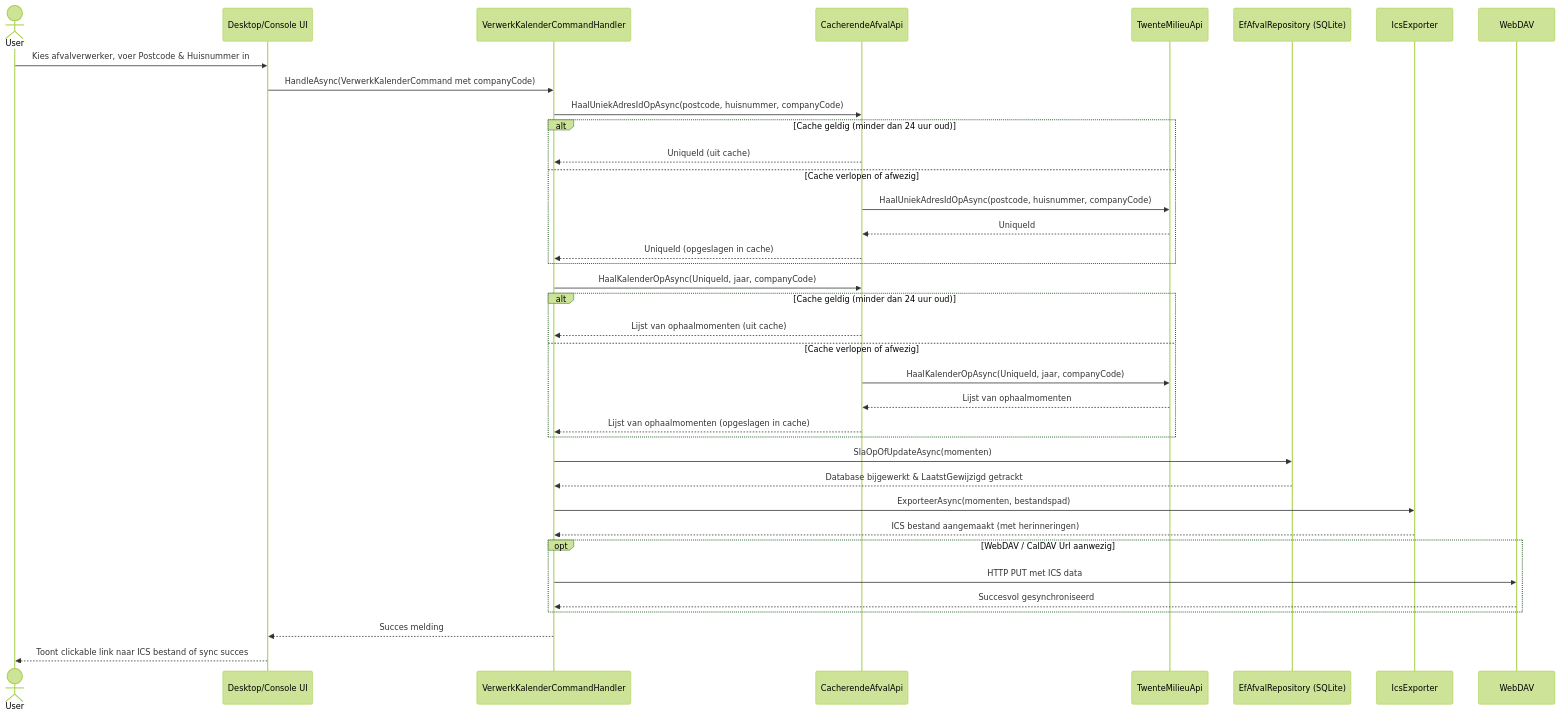
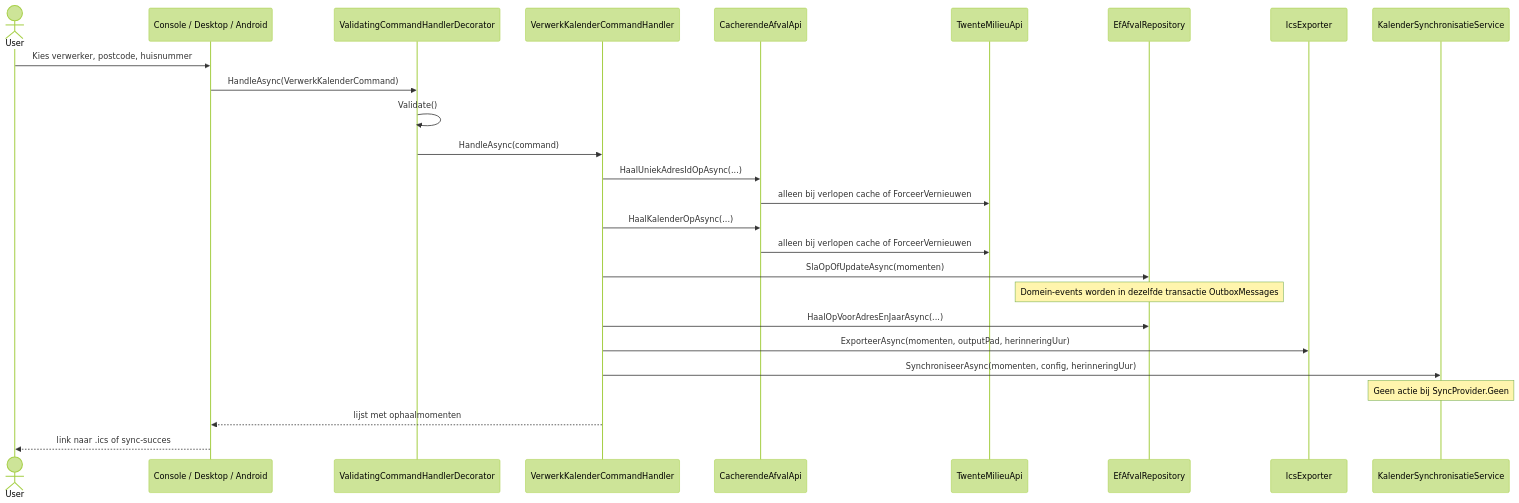
The third of 3 diagrams in README.md (marvinstorage/AfvalKalender), drawn with Mermaid (forest theme) before and after one commit. The commit also changed other lines of this file and 18 other files, not shown here.

````diff
--- a/README.md
+++ b/README.md
@@ -159,39 +177,29 @@
 ```mermaid
 sequenceDiagram
     actor User
-    participant UI as Desktop/Console UI
+    participant UI as Console / Desktop / Android
+    participant Val as ValidatingCommandHandlerDecorator
     participant App as VerwerkKalenderCommandHandler
     participant Cache as CacherendeAfvalApi
     participant API as TwenteMilieuApi
-    participant DB as EfAfvalRepository (SQLite)
+    participant DB as EfAfvalRepository
     participant ICS as IcsExporter
+    participant Sync as KalenderSynchronisatieService
 
-    User->>UI: Kies afvalverwerker, voer Postcode & Huisnummer in
-    UI->>App: HandleAsync(VerwerkKalenderCommand met companyCode)
-    App->>Cache: HaalUniekAdresIdOpAsync(postcode, huisnummer, companyCode)
-    alt Cache geldig (minder dan 24 uur oud)
-        Cache-->>App: UniqueId (uit cache)
-    else Cache verlopen of afwezig
-        Cache->>API: HaalUniekAdresIdOpAsync(postcode, huisnummer, companyCode)
-        API-->>Cache: UniqueId
-        Cache-->>App: UniqueId (opgeslagen in cache)
-    end
-    App->>Cache: HaalKalenderOpAsync(UniqueId, jaar, companyCode)
-    alt Cache geldig (minder dan 24 uur oud)
-        Cache-->>App: Lijst van ophaalmomenten (uit cache)
-    else Cache verlopen of afwezig
-        Cache->>API: HaalKalenderOpAsync(UniqueId, jaar, companyCode)
-        API-->>Cache: Lijst van ophaalmomenten
-        Cache-->>App: Lijst van ophaalmomenten (opgeslagen in cache)
-    end
+    User->>UI: Kies verwerker, postcode, huisnummer
+    UI->>Val: HandleAsync(VerwerkKalenderCommand)
+    Val->>Val: Validate()
+    Val->>App: HandleAsync(command)
+    App->>Cache: HaalUniekAdresIdOpAsync(...)
+    Cache->>API: alleen bij verlopen cache of ForceerVernieuwen
+    App->>Cache: HaalKalenderOpAsync(...)
+    Cache->>API: alleen bij verlopen cache of ForceerVernieuwen
     App->>DB: SlaOpOfUpdateAsync(momenten)
-    DB-->>App: Database bijgewerkt & LaatstGewijzigd getrackt
-    App->>ICS: ExporteerAsync(momenten, bestandspad)
-    ICS-->>App: ICS bestand aangemaakt (met herinneringen)
-    opt WebDAV / CalDAV Url aanwezig
-        App->>WebDAV: HTTP PUT met ICS data
-        WebDAV-->>App: Succesvol gesynchroniseerd
-    end
-    App-->>UI: Succes melding
-    UI-->>User: Toont clickable link naar ICS bestand of sync succes
+    Note over DB: Domein-events worden in dezelfde transactie OutboxMessages
+    App->>DB: HaalOpVoorAdresEnJaarAsync(...)
+    App->>ICS: ExporteerAsync(momenten, outputPad, herinneringUur)
+    App->>Sync: SynchroniseerAsync(momenten, config, herinneringUur)
+    Note over Sync: Geen actie bij SyncProvider.Geen
+    App-->>UI: lijst met ophaalmomenten
+    UI-->>User: link naar .ics of sync-succes
 ```
````
